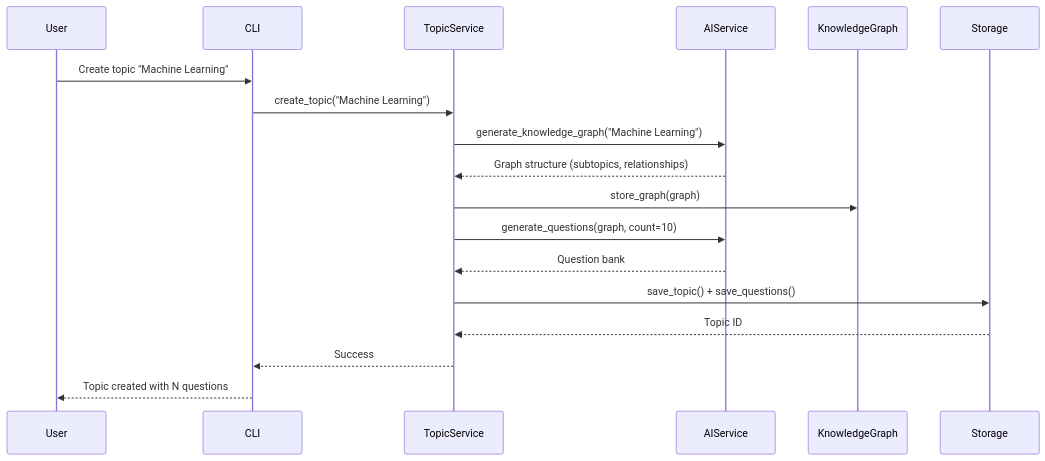
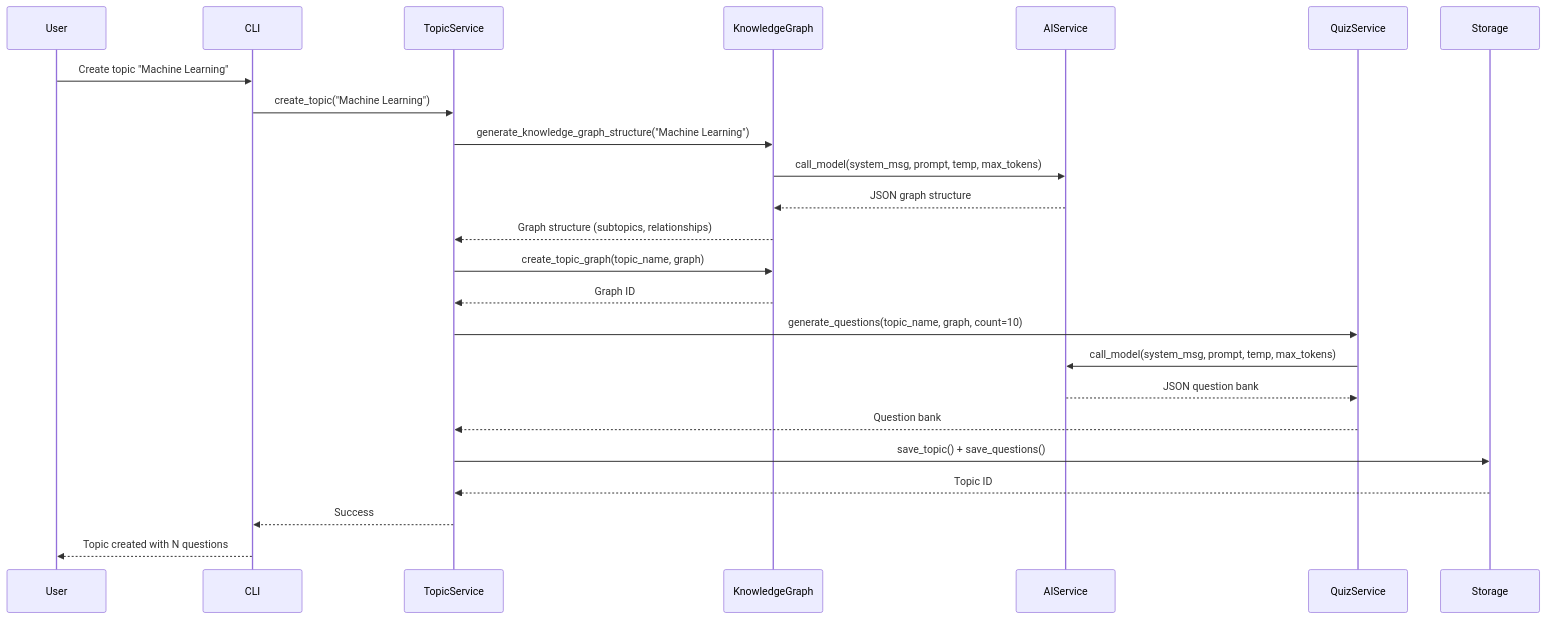
Before and after one commit to bryanchanrgb/inkling: the first of 2 diagrams in README.md, drawn with Mermaid. The commit also changed other lines of this file and 1 other file, not shown here.

````diff
--- a/README.md
+++ b/README.md
@@ -69,21 +71,27 @@
 ```mermaid
 sequenceDiagram
     participant User
     participant CLI
     participant TopicService
+    participant KnowledgeGraph
     participant AIService
-    participant KnowledgeGraph
+    participant QuizService
     participant Storage
     
     User->>CLI: Create topic "Machine Learning"
     CLI->>TopicService: create_topic("Machine Learning")
-    TopicService->>AIService: generate_knowledge_graph("Machine Learning")
-    AIService-->>TopicService: Graph structure (subtopics, relationships)
-    TopicService->>KnowledgeGraph: store_graph(graph)
-    TopicService->>AIService: generate_questions(graph, count=10)
-    AIService-->>TopicService: Question bank
+    TopicService->>KnowledgeGraph: generate_knowledge_graph_structure("Machine Learning")
+    KnowledgeGraph->>AIService: call_model(system_msg, prompt, temp, max_tokens)
+    AIService-->>KnowledgeGraph: JSON graph structure
+    KnowledgeGraph-->>TopicService: Graph structure (subtopics, relationships)
+    TopicService->>KnowledgeGraph: create_topic_graph(topic_name, graph)
+    KnowledgeGraph-->>TopicService: Graph ID
+    TopicService->>QuizService: generate_questions(topic_name, graph, count=10)
+    QuizService->>AIService: call_model(system_msg, prompt, temp, max_tokens)
+    AIService-->>QuizService: JSON question bank
+    QuizService-->>TopicService: Question bank
     TopicService->>Storage: save_topic() + save_questions()
     Storage-->>TopicService: Topic ID
     TopicService-->>CLI: Success
     CLI-->>User: Topic created with N questions
 ```
````
